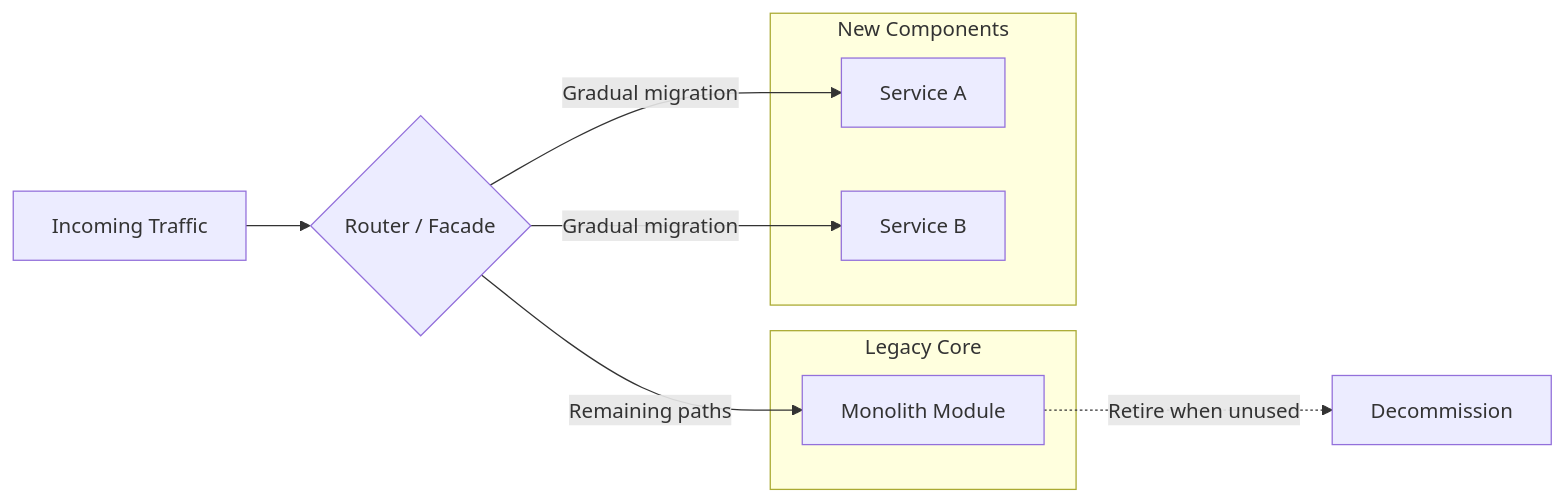
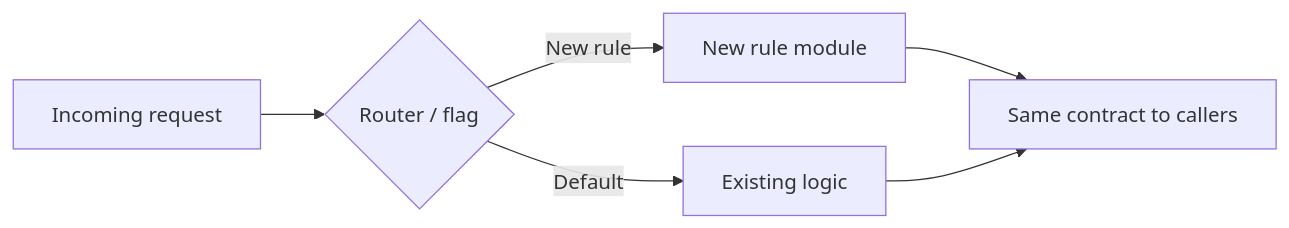
The second of 2 diagrams in guides/modernizing-legacy-systems/README.md (mostafiz57/Software-Architecture-Playbook), drawn with Mermaid before and after one commit. The commit also changed other lines of this file, not shown here.

````diff
--- a/guides/modernizing-legacy-systems/README.md
+++ b/guides/modernizing-legacy-systems/README.md
@@ -152,17 +155,8 @@
 ```mermaid
 flowchart LR
-  subgraph Legacy["Legacy Core"]
-    Old[Monolith Module]
-  end
-
-  subgraph New["New Components"]
-    N1[Service A]
-    N2[Service B]
-  end
-
-  Traffic[Incoming Traffic] --> Router{Router / Facade}
-  Router -->|Gradual migration| N1
-  Router -->|Gradual migration| N2
-  Router -->|Remaining paths| Old
-  Old -.->|Retire when unused| X[Decommission]
+  Request[Incoming request] --> Router{Router / flag}
+  Router -->|New rule| NewLogic[New rule module]
+  Router -->|Default| Existing[Existing logic]
+  NewLogic --> Out[Same contract to callers]
+  Existing --> Out
 ```
````
